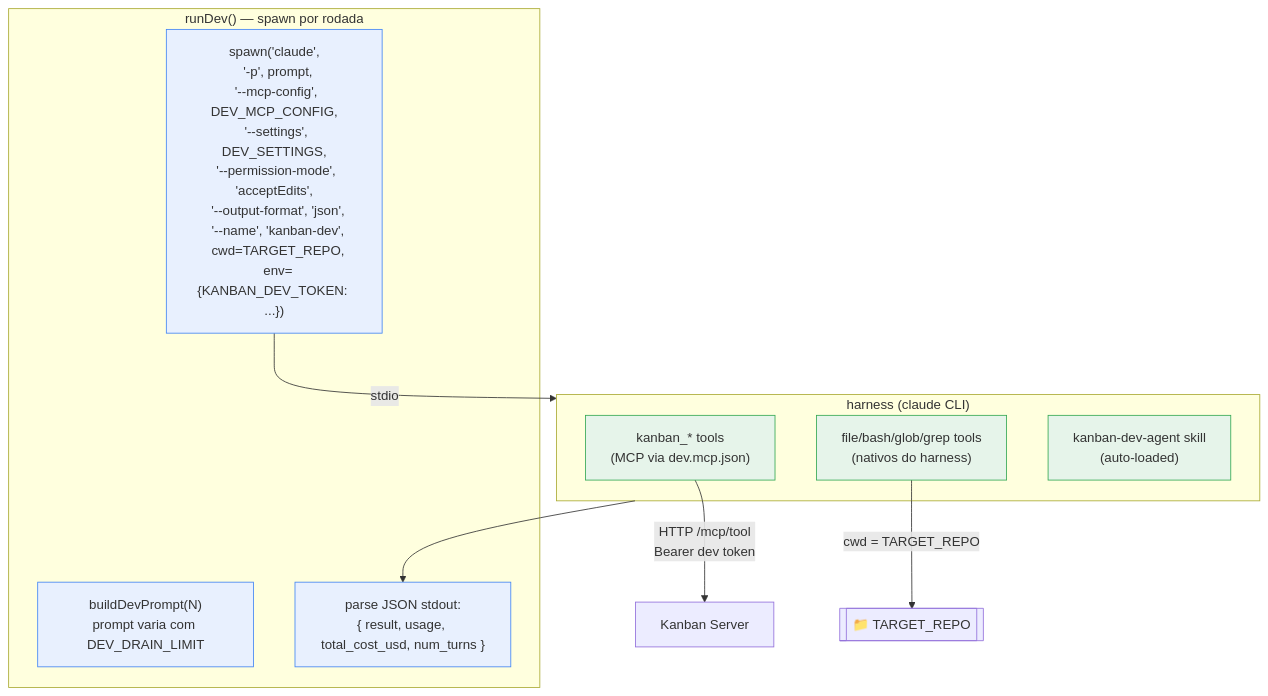
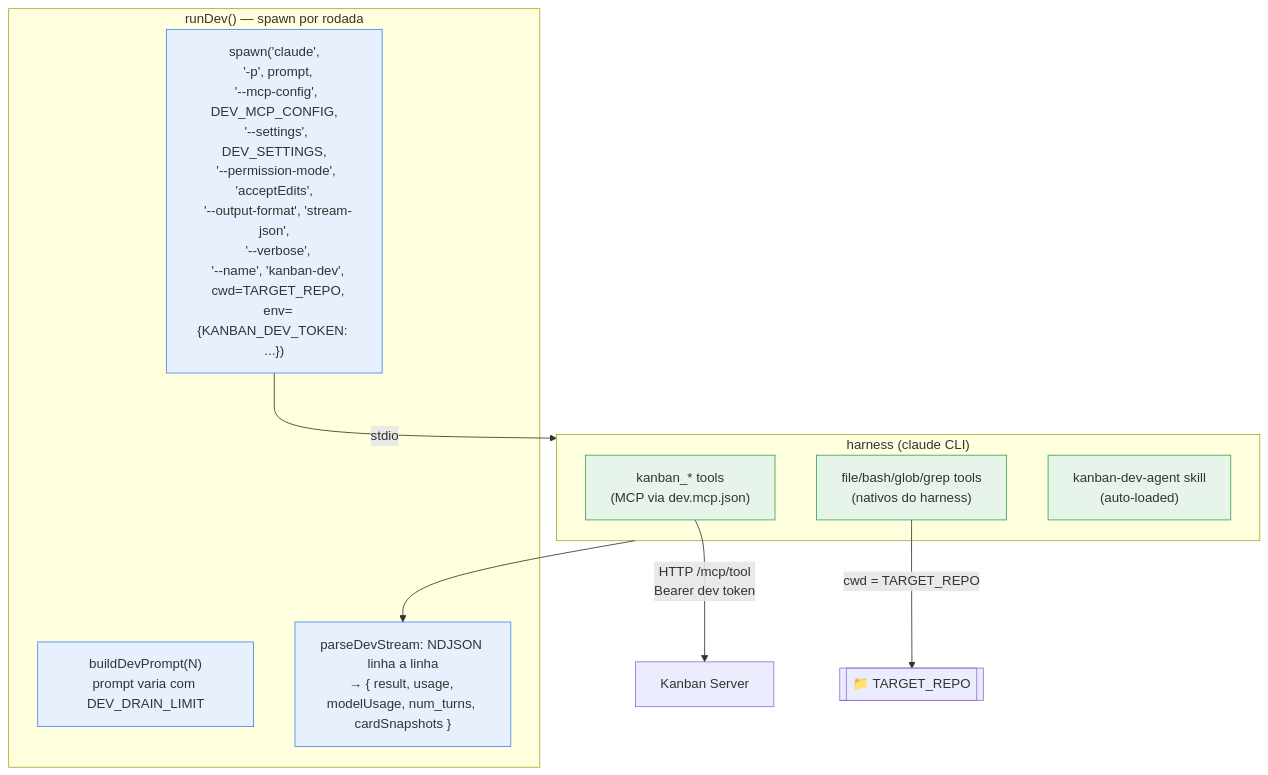
One commit to kauelopes/obsidianban changed the fifth of 9 diagrams in docs/for-agents/sprint-workflow.md. Above: the diagram before and after it, drawn with Mermaid. The commit also changed other lines of this file and 29 other files, not shown here.

````diff
--- a/docs/for-agents/sprint-workflow.md
+++ b/docs/for-agents/sprint-workflow.md
@@ -188,24 +187,24 @@
 ```mermaid
 flowchart TB
     subgraph WF["runDev() — spawn por rodada"]
         PROMPT["buildDevPrompt(N)<br/>prompt varia com DEV_DRAIN_LIMIT"]
-        SPAWN["spawn('claude',<br/>  '-p', prompt,<br/>  '--mcp-config', DEV_MCP_CONFIG,<br/>  '--settings', DEV_SETTINGS,<br/>  '--permission-mode', 'acceptEdits',<br/>  '--output-format', 'json',<br/>  '--name', 'kanban-dev',<br/>  cwd=TARGET_REPO,<br/>  env={KANBAN_DEV_TOKEN: ...})"]
-        PARSE["parse JSON stdout:<br/>{ result, usage, total_cost_usd, num_turns }"]
+        SPAWN["spawn('claude',<br/>  '-p', prompt,<br/>  '--mcp-config', DEV_MCP_CONFIG,<br/>  '--settings', DEV_SETTINGS,<br/>  '--permission-mode', 'acceptEdits',<br/>  '--output-format', 'stream-json',<br/>  '--verbose',<br/>  '--name', 'kanban-dev',<br/>  cwd=TARGET_REPO,<br/>  env={KANBAN_DEV_TOKEN: ...})"]
+        PARSE["parseDevStream: NDJSON linha a linha<br/>→ { result, usage, modelUsage, num_turns, cardSnapshots }"]
     end
 
     subgraph HARNESS["harness (claude CLI)"]
         MCP["kanban_* tools<br/>(MCP via dev.mcp.json)"]
         FILES["file/bash/glob/grep tools<br/>(nativos do harness)"]
         SKILL["kanban-dev-agent skill<br/>(auto-loaded)"]
     end
 
     SPAWN -->|"stdio"| HARNESS
     MCP -->|"HTTP /mcp/tool<br/>Bearer dev token"| SRV["Kanban Server"]
     FILES -->|"cwd = TARGET_REPO"| REPO[["📁 TARGET_REPO"]]
     HARNESS --> PARSE
 
     classDef wf fill:#e8f0fe,stroke:#4285f4;
     classDef h fill:#e6f4ea,stroke:#34a853;
     class SPAWN,PROMPT,PARSE wf;
     class MCP,FILES,SKILL h;
 ```
````
